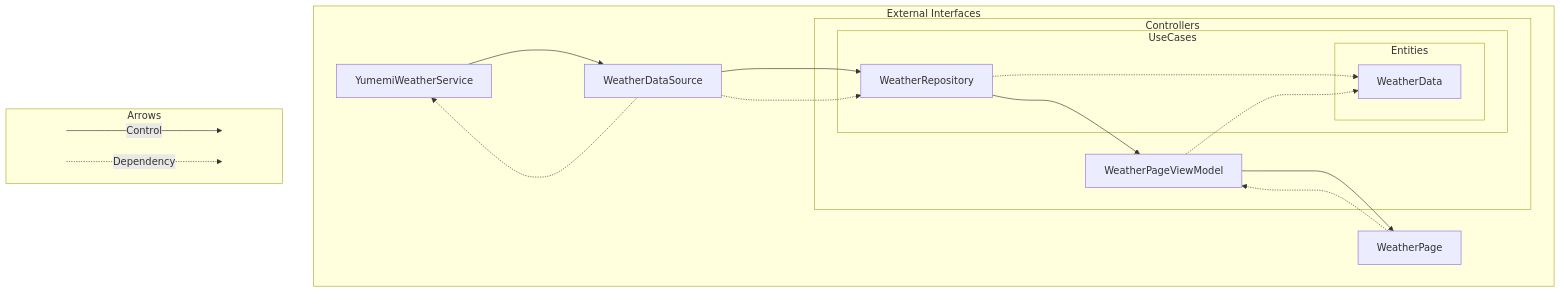
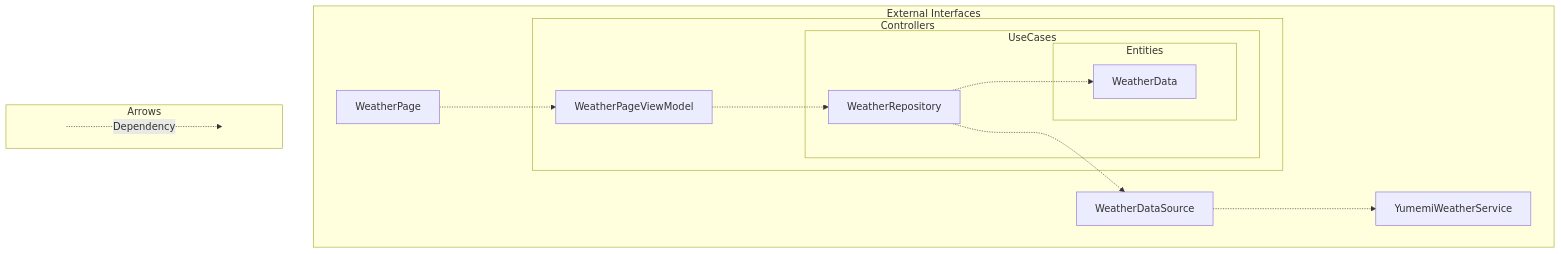
One commit to Aosanori/yumemi-flutter-training changed the second of 2 diagrams in ARCHITECTURE.md. Above: the diagram before and after it, drawn with Mermaid.

Commit message:
📝 RepositoryとDataSource層の依存性の向きを修正

````diff
--- a/ARCHITECTURE.md
+++ b/ARCHITECTURE.md
@@ -37,38 +37,31 @@
 ```mermaid
 flowchart TB
  subgraph External Interfaces
     subgraph Controllers
       WeatherPageViewModel
       subgraph UseCases
         WeatherRepository
         subgraph Entities
           WeatherData
         end
       end
     end
     YumemiWeatherService
     WeatherDataSource
     WeatherPage
   end
-  YumemiWeatherService ---> WeatherDataSource
-  WeatherDataSource ---> WeatherRepository
-  WeatherRepository  ---> WeatherPageViewModel
-  WeatherPageViewModel ---> WeatherPage
 
   WeatherDataSource ..-> YumemiWeatherService
-  WeatherDataSource ..-> WeatherRepository
+  WeatherRepository ..-> WeatherDataSource
   WeatherRepository ..-> WeatherData
-  WeatherPageViewModel ..-> WeatherData
+  WeatherPageViewModel ..-> WeatherRepository
   WeatherPage ..-> WeatherPageViewModel
 
   subgraph Arrows
-    start0[ ] ---> | Control | stop0[ ]
-    style start0 height:0px;
-    style stop0 height:0px;
 
     start1[ ] ..-> | Dependency | stop1[ ]
     style start1 height:0px;
     style stop1 height:0px;
     
   end
 ```
````
